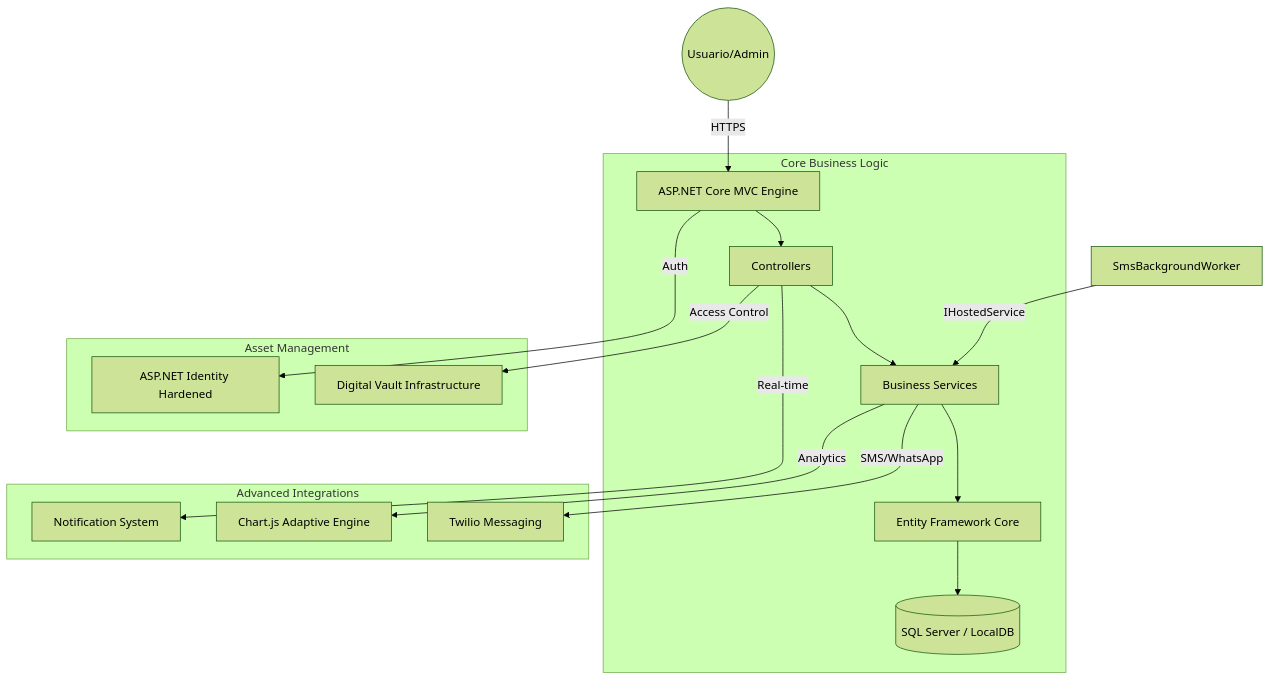
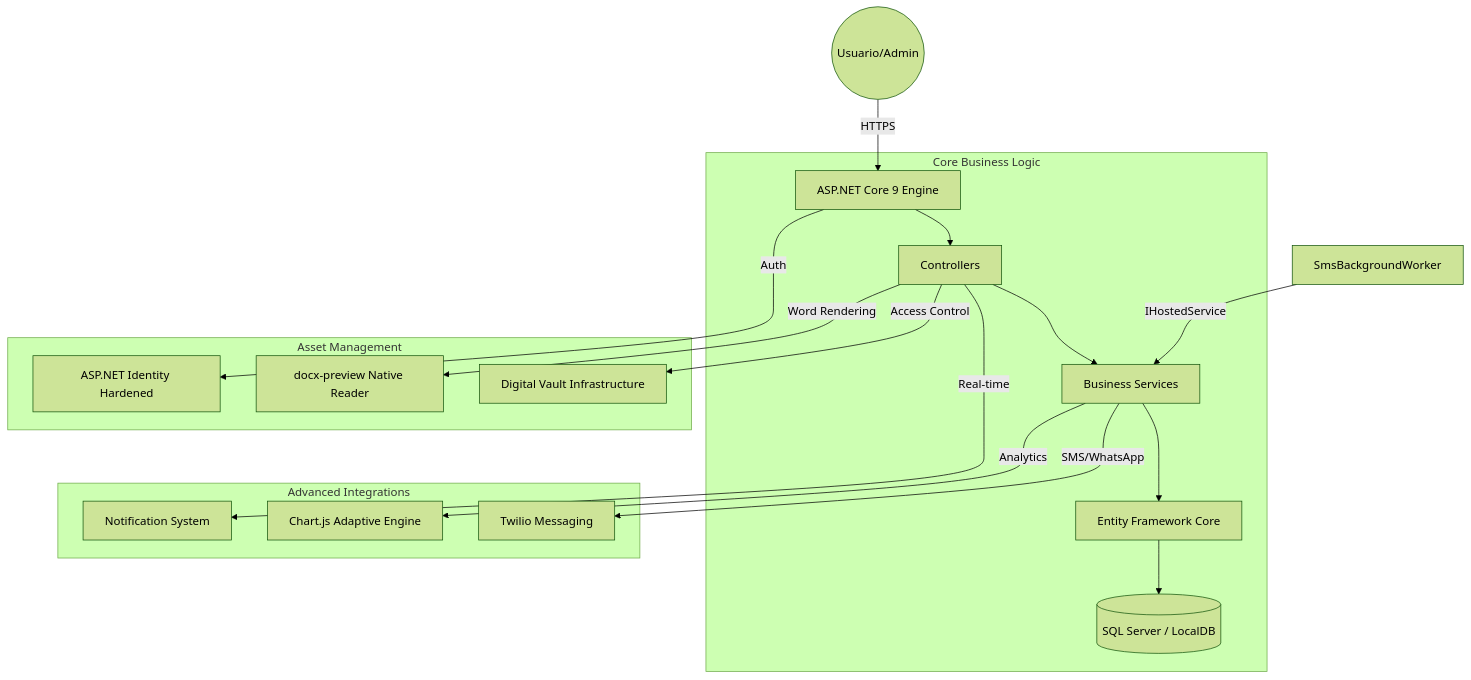
The diagram in README.md (dagomezpulid/BibliotecaMVC), drawn with Mermaid (forest theme) before and after one commit. The commit also changed other lines of this file, not shown here.

````diff
--- a/README.md
+++ b/README.md
@@ -43,20 +44,21 @@
 ```mermaid
 graph TD
-    User((Usuario/Admin)) -->|HTTPS| WebServer[ASP.NET Core MVC Engine]
+    User((Usuario/Admin)) -->|HTTPS| WebServer[ASP.NET Core 9 Engine]
     subgraph "Core Business Logic"
         WebServer --> Controllers[Controllers]
         Controllers --> Services[Business Services]
         Services --> EF[Entity Framework Core]
         EF --> DB[(SQL Server / LocalDB)]
     end
     subgraph "Advanced Integrations"
         Services -->|SMS/WhatsApp| Twilio[Twilio Messaging]
         Services -->|Analytics| Charts[Chart.js Adaptive Engine]
         Controllers -->|Real-time| Notif[Notification System]
     end
     subgraph "Asset Management"
         Controllers -->|Access Control| Vault[Digital Vault Infrastructure]
+        Controllers -->|Word Rendering| DocxPreview[docx-preview Native Reader]
         WebServer -->|Auth| Identity[ASP.NET Identity Hardened]
     end
     Worker[SmsBackgroundWorker] -->|IHostedService| Services
 ```
````
